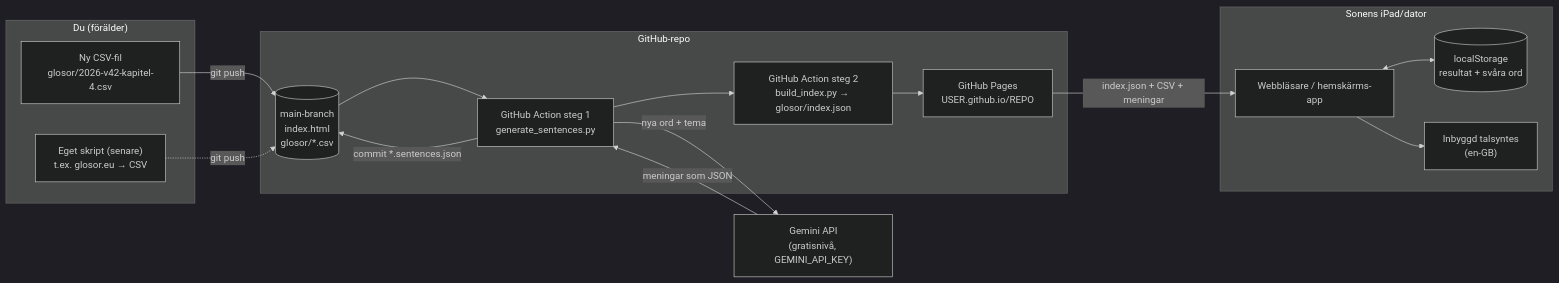
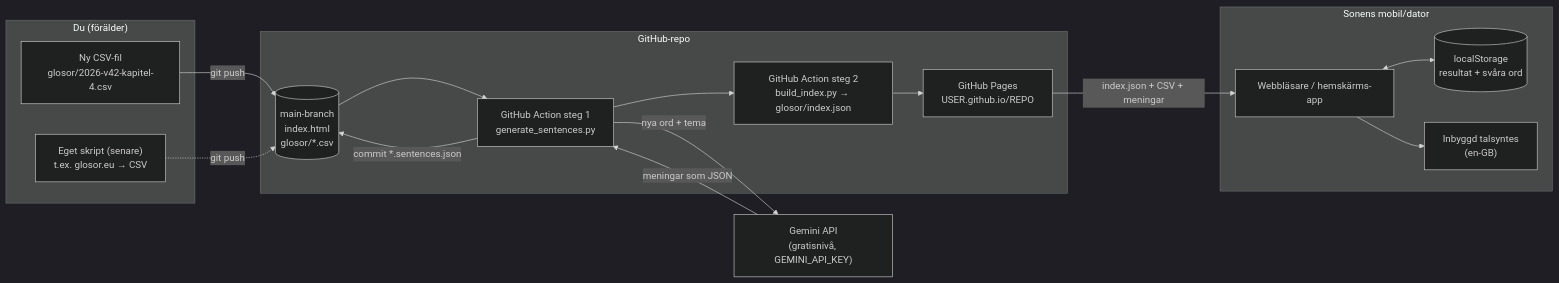
One commit to johanhessler/glosapp changed the diagram in README.md. Above: the diagram before and after it, drawn with Mermaid (dark theme). The commit also changed other lines of this file, not shown here.

Commit message:
README: sonens enheter är iPhone och dator, inte iPad

````diff
--- a/README.md
+++ b/README.md
@@ -7,33 +7,33 @@
 ```mermaid
 flowchart LR
     subgraph du["Du (förälder)"]
         csv["Ny CSV-fil<br/>glosor/2026-v42-kapitel-4.csv"]
         script["Eget skript (senare)<br/>t.ex. glosor.eu → CSV"]
     end
 
     subgraph gh["GitHub-repo"]
         repo[("main-branch<br/>index.html<br/>glosor/*.csv")]
         gen["GitHub Action steg 1<br/>generate_sentences.py"]
         action["GitHub Action steg 2<br/>build_index.py → glosor/index.json"]
         pages["GitHub Pages<br/>USER.github.io/REPO"]
     end
 
     gemini["Gemini API<br/>(gratisnivå, GEMINI_API_KEY)"]
 
-    subgraph enhet["Sonens iPad/dator"]
+    subgraph enhet["Sonens mobil/dator"]
         app["Webbläsare / hemskärms-app"]
         ls[("localStorage<br/>resultat + svåra ord")]
         tts["Inbyggd talsyntes<br/>(en-GB)"]
     end
 
     csv -->|git push| repo
     script -.->|git push| repo
     repo --> gen
     gen -->|nya ord + tema| gemini
     gemini -->|meningar som JSON| gen
     gen -->|commit *.sentences.json| repo
     gen --> action --> pages
     pages -->|index.json + CSV + meningar| app
     app <--> ls
     app --> tts
 ```
````
